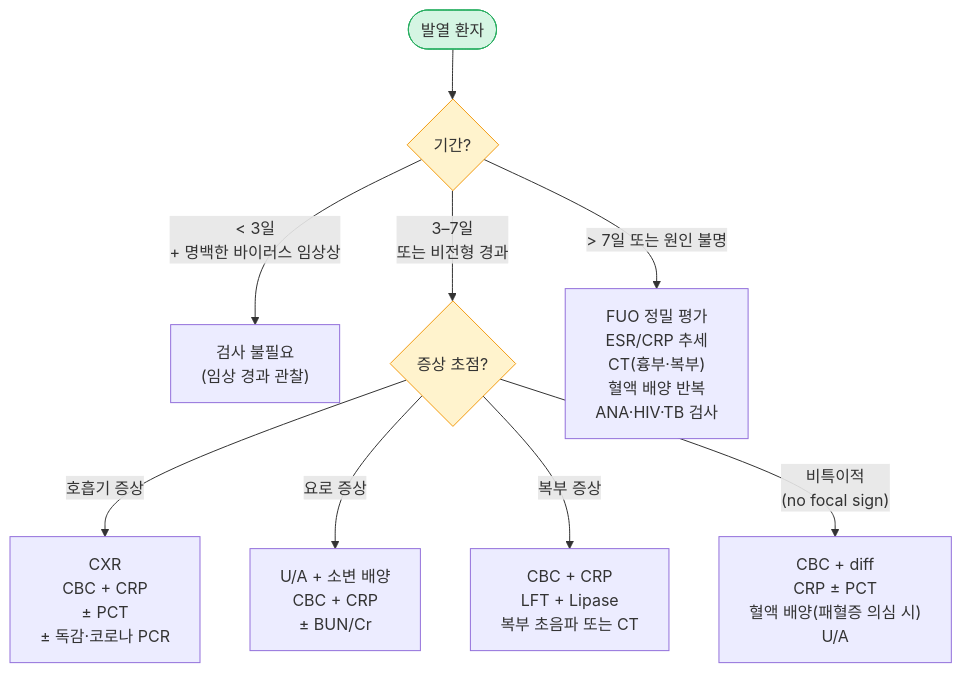
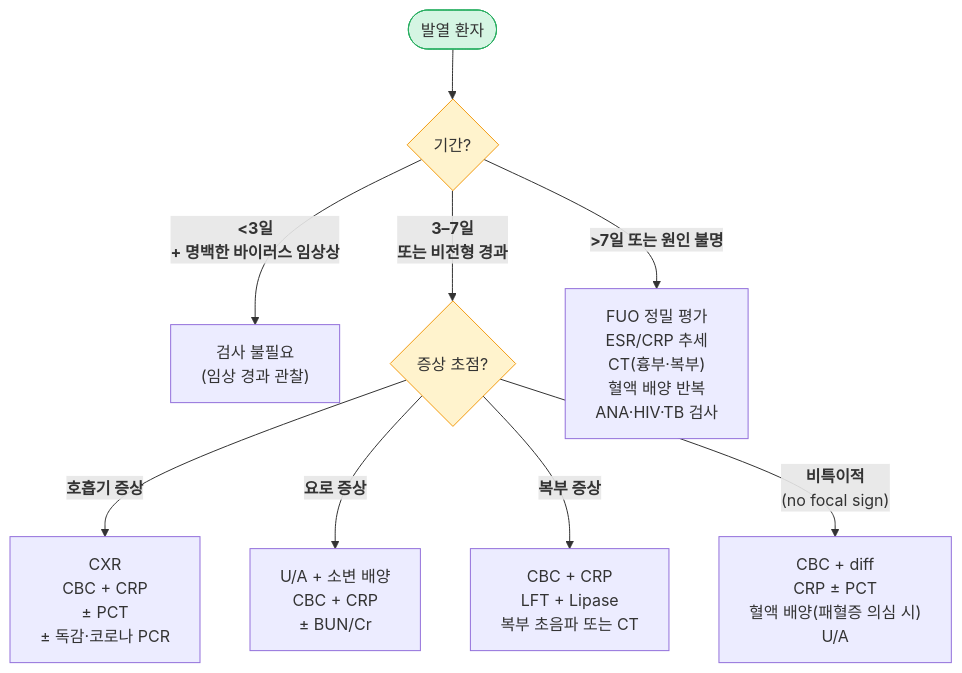
The first of 2 diagrams in 220_/011_-fever.md (familyoh77/familyoh77), drawn with Mermaid before and after one commit. The commit also changed other lines of this file, not shown here.

````diff
--- a/220_/011_-fever.md
+++ b/220_/011_-fever.md
@@ -96,17 +96,17 @@
 ```mermaid
 graph TD
     A([발열 환자]) --> B{기간?}
-    B -->|"< 3일<br/>+ 명백한 바이러스 임상상"| C["검사 불필요<br/>(임상 경과 관찰)"]
-    B -->|"3–7일<br/>또는 비전형 경과"| D{증상 초점?}
-    D -->|호흡기 증상| E["CXR<br/>CBC + CRP<br/>± PCT<br/>± 독감·코로나 PCR"]
-    D -->|요로 증상| F["U/A + 소변 배양<br/>CBC + CRP<br/>± BUN/Cr"]
-    D -->|복부 증상| G["CBC + CRP<br/>LFT + Lipase<br/>복부 초음파 또는 CT"]
-    D -->|"비특이적<br/>(no focal sign)"| H["CBC + diff<br/>CRP ± PCT<br/>혈액 배양(패혈증 의심 시)<br/>U/A"]
-    B -->|"> 7일 또는 원인 불명"| I["FUO 정밀 평가<br/>ESR/CRP 추세<br/>CT(흉부·복부)<br/>혈액 배양 반복<br/>ANA·HIV·TB 검사"]
+    B -->|"<b><3일<br/>+ 명백한 바이러스 임상상</b>"| C["검사 불필요<br/>(임상 경과 관찰)"]
+    B -->|"<b>3–7일<br/>또는 비전형 경과</b>"| D{증상 초점?}
+    D -->|<b>호흡기 증상</b>| E["CXR<br/>CBC + CRP<br/>± PCT<br/>± 독감·코로나 PCR"]
+    D -->|<b>요로 증상</b>| F["U/A + 소변 배양<br/>CBC + CRP<br/>± BUN/Cr"]
+    D -->|<b>복부 증상</b>| G["CBC + CRP<br/>LFT + Lipase<br/>복부 초음파 또는 CT"]
+    D -->|"<b>비특이적</b><br/>(no focal sign)"| H["CBC + diff<br/>CRP ± PCT<br/>혈액 배양(패혈증 의심 시)<br/>U/A"]
+    B -->|"<b>>7일 또는 원인 불명</b>"| I["FUO 정밀 평가<br/>ESR/CRP 추세<br/>CT(흉부·복부)<br/>혈액 배양 반복<br/>ANA·HIV·TB 검사"]
 
     classDef green  fill:#d5f5e3,stroke:#27ae60
     classDef yellow fill:#fff3cd,stroke:#f39c12
     class A green
     class B,D yellow
 
 ```
````
